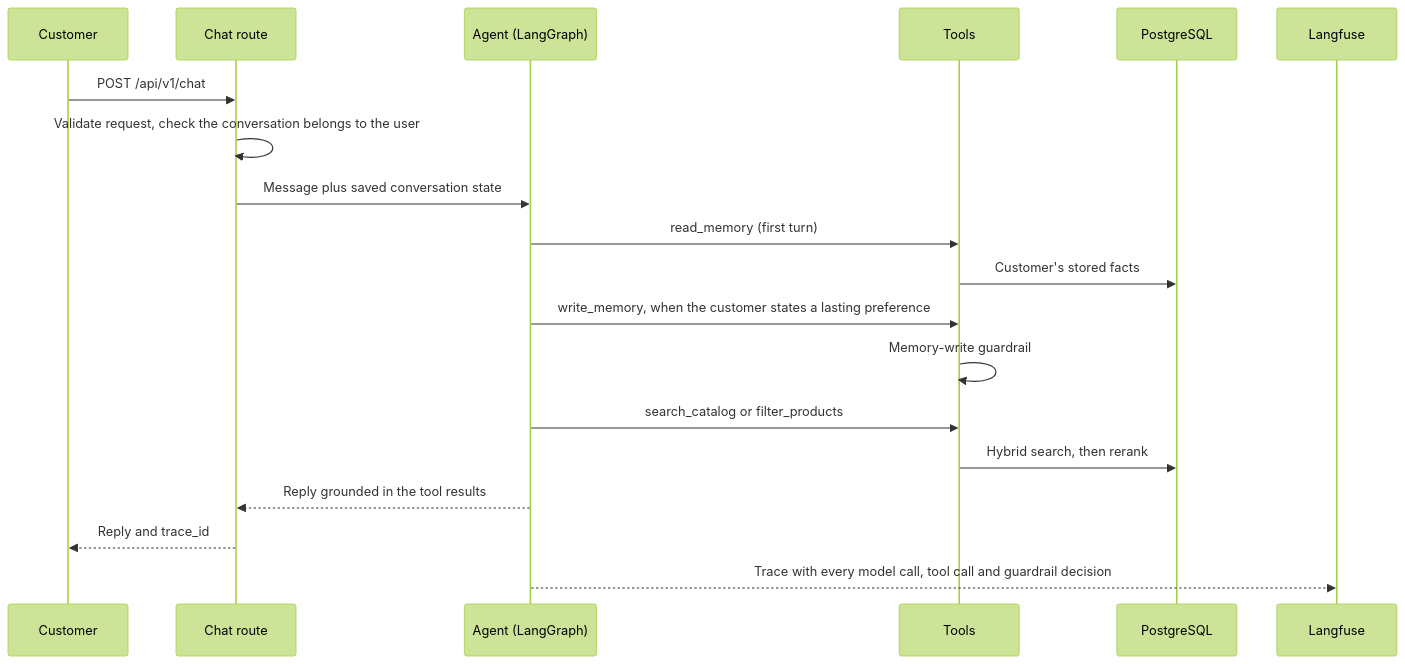
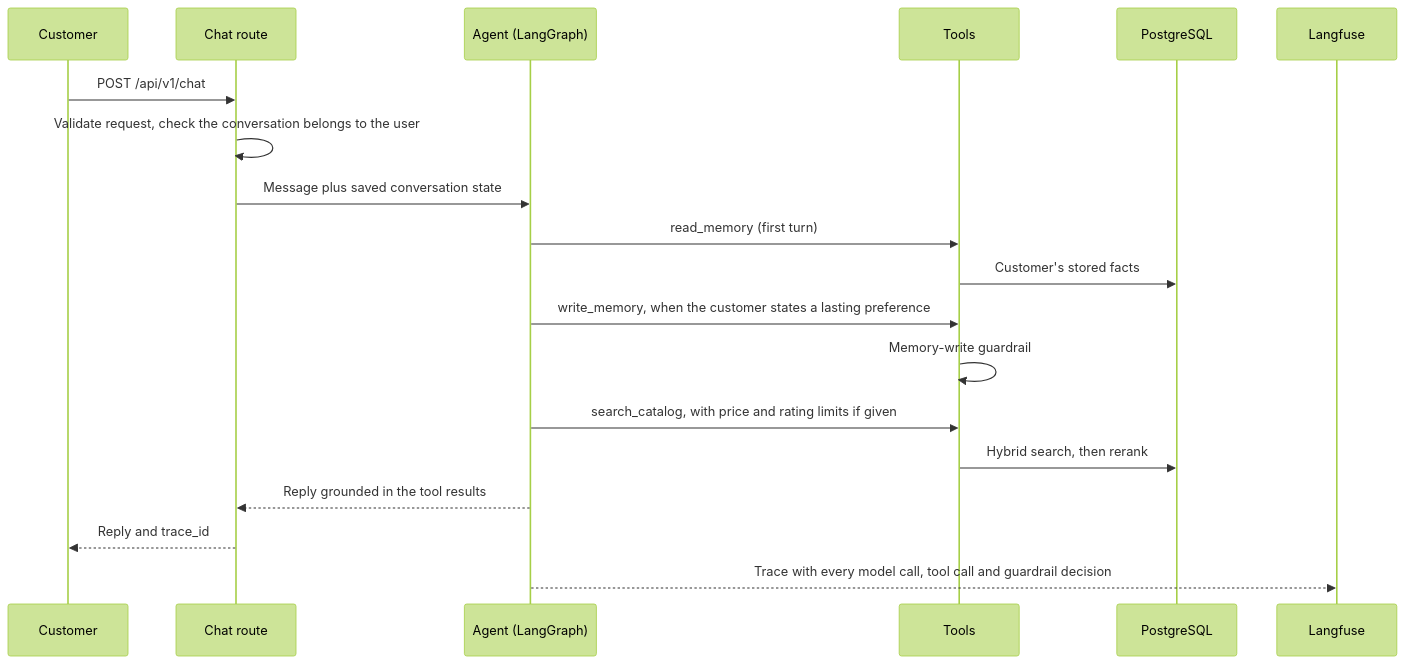
Before and after one commit to AhmedMostafa167/Shopping-Assistant: the second of 4 diagrams in README.md, drawn with Mermaid (forest theme). The commit also changed other lines of this file and 14 other files, not shown here.

First line of the commit message:
Apply price and rating limits inside search and remove filter_products

````diff
--- a/README.md
+++ b/README.md
@@ -132,22 +132,22 @@
 ```mermaid
 sequenceDiagram
     participant C as Customer
     participant API as Chat route
     participant A as Agent (LangGraph)
     participant T as Tools
     participant DB as PostgreSQL
     participant LF as Langfuse
 
     C->>API: POST /api/v1/chat
     API->>API: Validate request, check the conversation belongs to the user
     API->>A: Message plus saved conversation state
     A->>T: read_memory (first turn)
     T->>DB: Customer's stored facts
     A->>T: write_memory, when the customer states a lasting preference
     T->>T: Memory-write guardrail
-    A->>T: search_catalog or filter_products
+    A->>T: search_catalog, with price and rating limits if given
     T->>DB: Hybrid search, then rerank
     A-->>API: Reply grounded in the tool results
     API-->>C: Reply and trace_id
     A-->>LF: Trace with every model call, tool call and guardrail decision
 ```
````
